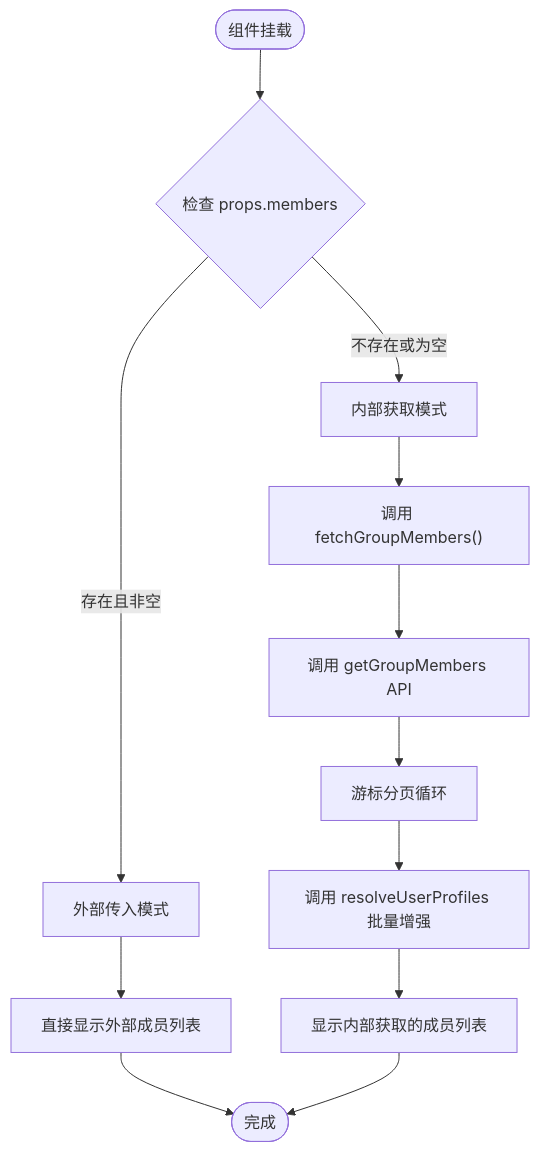
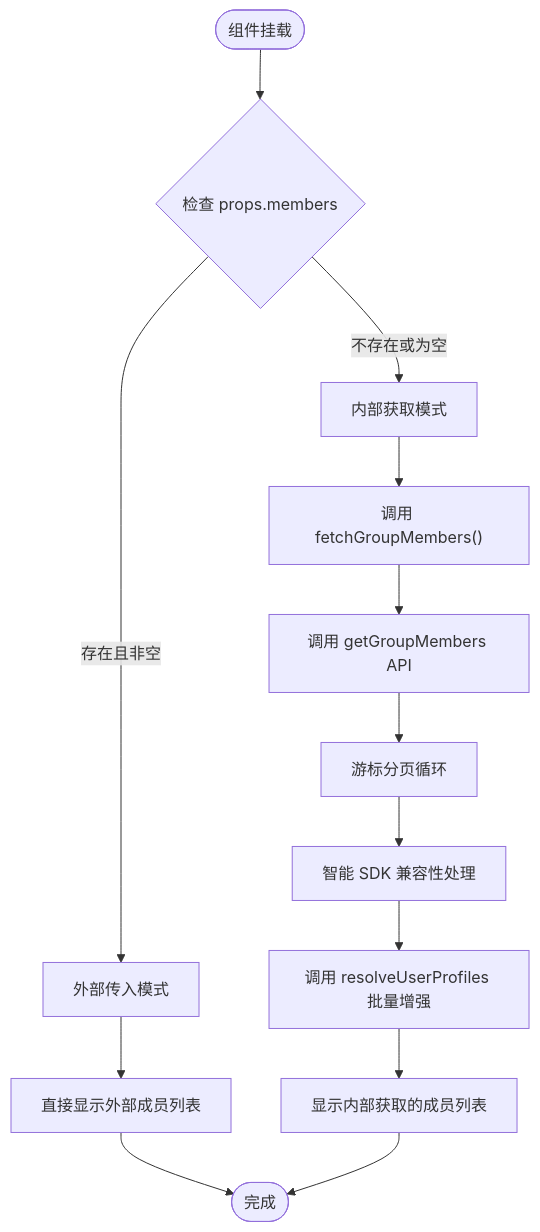
One commit to Easemob-Community/easemob-uikit-callkit-vue3 changed the sixth of 12 diagrams in .qoder/repowiki/zh/content/核心组件/群组通话组件/群组成员管理.md. Above: the diagram before and after it, drawn with Mermaid. The commit also changed other lines of this file and 58 other files, not shown here.

````diff
--- a/.qoder/repowiki/zh/content/核心组件/群组通话组件/群组成员管理.md
+++ b/.qoder/repowiki/zh/content/核心组件/群组通话组件/群组成员管理.md
@@ -292,14 +328,15 @@
 ```mermaid
 flowchart TD
 Start(["组件挂载"]) --> CheckMembers{"检查 props.members"}
 CheckMembers --> |存在且非空| ExternalMode["外部传入模式"]
 CheckMembers --> |不存在或为空| InternalMode["内部获取模式"]
 ExternalMode --> DisplayExternal["直接显示外部成员列表"]
 DisplayExternal --> End(["完成"])
 InternalMode --> FetchMembers["调用 fetchGroupMembers()"]
 FetchMembers --> GetGroupMembers["调用 getGroupMembers API"]
 GetGroupMembers --> CursorLoop["游标分页循环"]
-CursorLoop --> EnrichProfiles["调用 resolveUserProfiles 批量增强"]
+CursorLoop --> SDKCompatibility["智能 SDK 兼容性处理"]
+SDKCompatibility --> EnrichProfiles["调用 resolveUserProfiles 批量增强"]
 EnrichProfiles --> DisplayInternal["显示内部获取的成员列表"]
 DisplayInternal --> End
 ```
````
